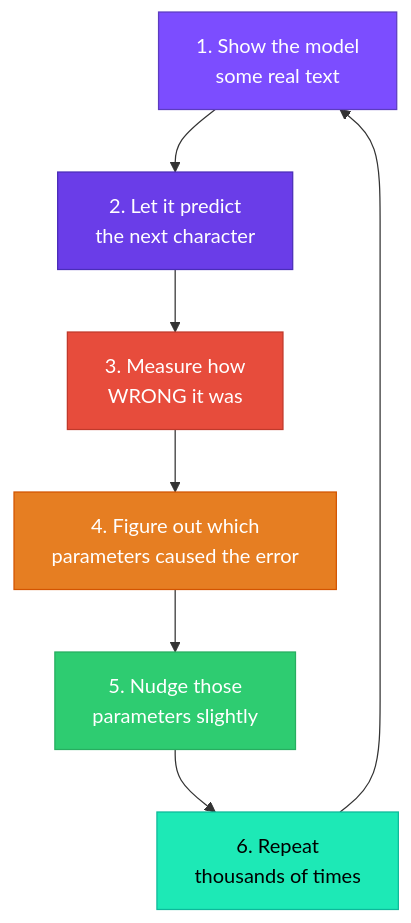
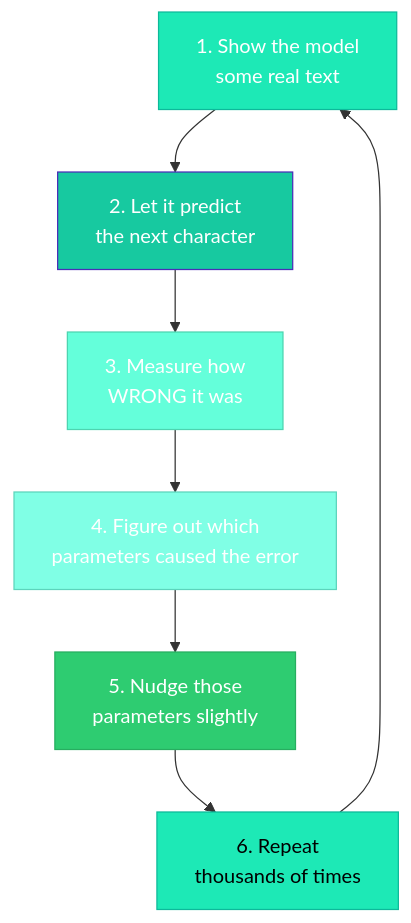
Before and after one commit to iamkhalid2/microgpt-course: the second of 2 diagrams in docs/00-the-big-picture/00-what-is-a-language-model.md, drawn with Mermaid. The commit also changed other lines of this file and 23 other files, not shown here.

````diff
--- a/docs/00-the-big-picture/00-what-is-a-language-model.md
+++ b/docs/00-the-big-picture/00-what-is-a-language-model.md
@@ -50,16 +50,16 @@
 ```mermaid
 flowchart TD
     A["1. Show the model\nsome real text"] --> B["2. Let it predict\nthe next character"]
     B --> C["3. Measure how\nWRONG it was"]
     C --> D["4. Figure out which\nparameters caused the error"]
     D --> E["5. Nudge those\nparameters slightly"]
     E --> F["6. Repeat\nthousands of times"]
     F --> A
 
-    style A fill:#7c4dff,stroke:#5c3cbf,color:#fff
-    style B fill:#6a3de8,stroke:#4a2db8,color:#fff
-    style C fill:#e74c3c,stroke:#c0392b,color:#fff
-    style D fill:#e67e22,stroke:#d35400,color:#fff
+    style A fill:#1de9b6,stroke:#0db99a,color:#fff
+    style B fill:#17c9a0,stroke:#4a2db8,color:#fff
+    style C fill:#64ffda,stroke:#4dd4b0,color:#fff
+    style D fill:#80ffe5,stroke:#5cd4bc,color:#fff
     style E fill:#2ecc71,stroke:#27ae60,color:#fff
     style F fill:#1de9b6,stroke:#0db99a,color:#000
 ```
````
